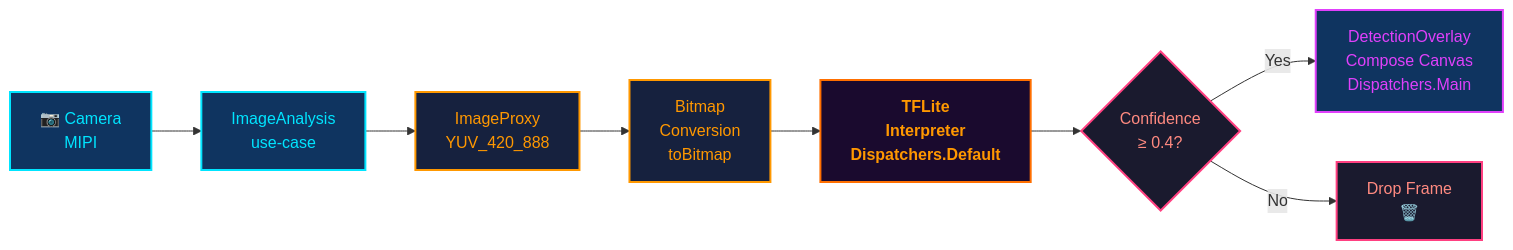
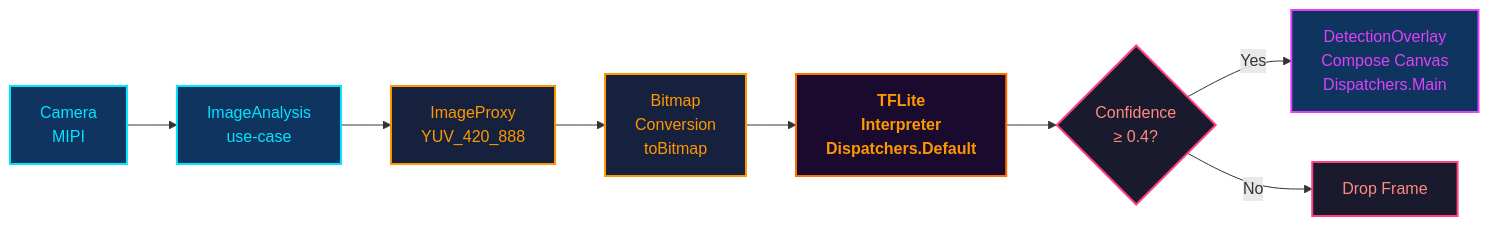
The second of 3 diagrams in README.md (BHUKKADDD/ADAS), drawn with Mermaid before and after one commit. The commit also changed other lines of this file and 3 other files, not shown here.

````diff
--- a/README.md
+++ b/README.md
@@ -111,21 +111,21 @@
 ```mermaid
 flowchart LR
     classDef hw     fill:#0f3460,stroke:#00E5FF,stroke-width:2px,color:#00E5FF
     classDef thread fill:#16213e,stroke:#FF9800,stroke-width:2px,color:#FF9800
     classDef infer  fill:#1a0a2e,stroke:#FF6F00,stroke-width:2px,color:#FF9800,font-weight:bold
     classDef ui     fill:#0f3460,stroke:#E040FB,stroke-width:2px,color:#E040FB
     classDef gate   fill:#1a1a2e,stroke:#FF4081,stroke-width:2px,color:#FF8A80
 
-    CAM["📷 Camera\nMIPI"]:::hw
+    CAM["Camera\nMIPI"]:::hw
     ANAL["ImageAnalysis\nuse-case"]:::hw
     PROXY["ImageProxy\nYUV_420_888"]:::thread
     BMP["Bitmap\nConversion\ntoBitmap"]:::thread
     INF["TFLite\nInterpreter\nDispatchers.Default"]:::infer
     FILT{"Confidence\n≥ 0.4?"}:::gate
     OVER["DetectionOverlay\nCompose Canvas\nDispatchers.Main"]:::ui
-    DROP["Drop Frame\n🗑️"]:::gate
+    DROP["Drop Frame"]:::gate
 
     CAM --> ANAL --> PROXY --> BMP --> INF --> FILT
     FILT -- Yes --> OVER
     FILT -- No --> DROP
 ```
````
